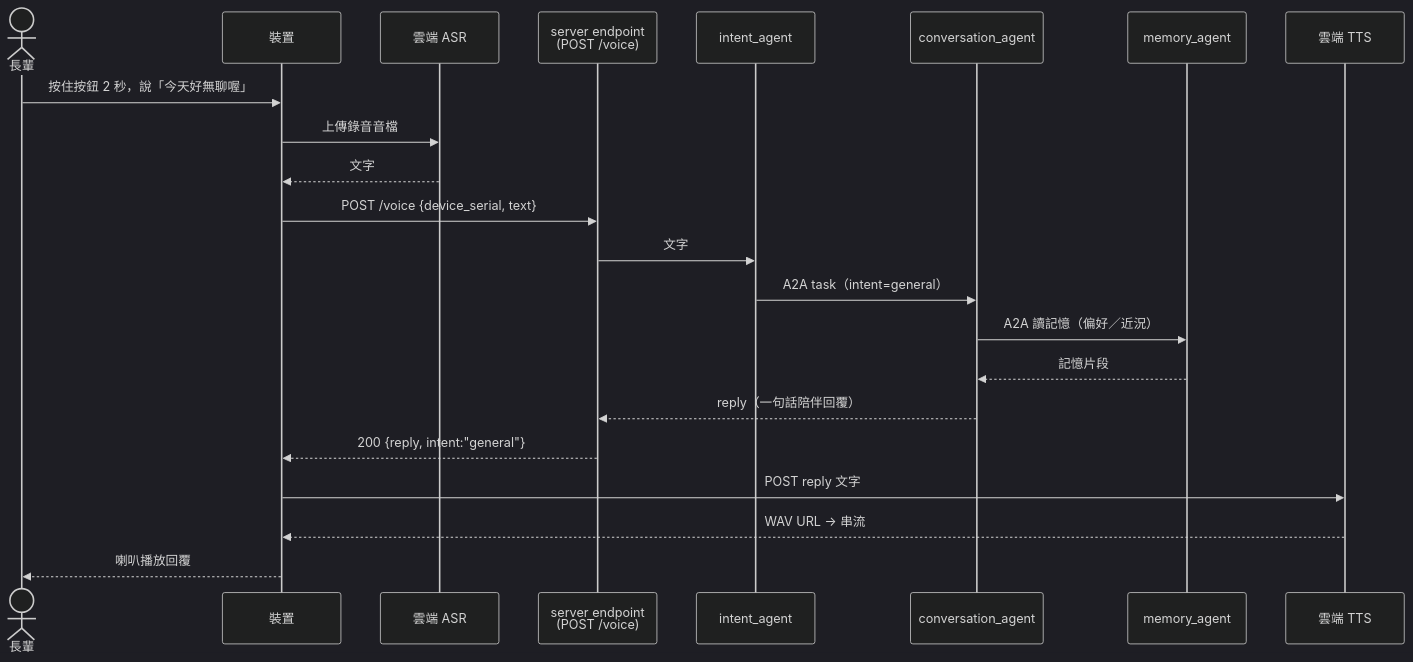
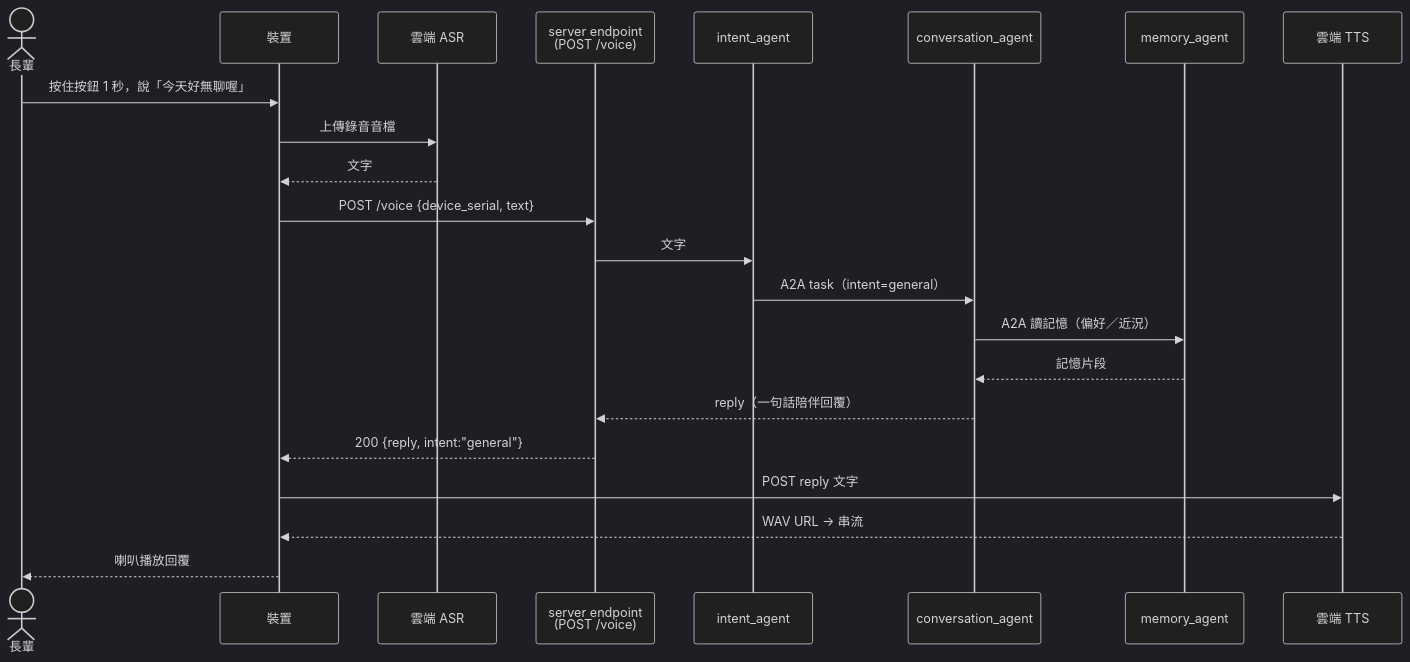
The third of 5 diagrams in docs/requirements/voice-agent-a2a-flow.md (jinsun-radio/jinsunRadio), drawn with Mermaid (dark theme) before and after one commit. The commit also changed other lines of this file and 3 other files, not shown here.

````diff
--- a/docs/requirements/voice-agent-a2a-flow.md
+++ b/docs/requirements/voice-agent-a2a-flow.md
@@ -91,25 +91,25 @@
 ```mermaid
 sequenceDiagram
     actor E as 長輩
     participant D as 裝置
     participant ASR as 雲端 ASR
     participant EP as server endpoint<br/>(POST /voice)
     participant INT as intent_agent
     participant CONV as conversation_agent
     participant MEM as memory_agent
     participant TTS as 雲端 TTS
 
-    E->>D: 按住按鈕 2 秒，說「今天好無聊喔」
+    E->>D: 按住按鈕 1 秒，說「今天好無聊喔」
     D->>ASR: 上傳錄音音檔
     ASR-->>D: 文字
     D->>EP: POST /voice {device_serial, text}
     EP->>INT: 文字
     INT->>CONV: A2A task（intent=general）
     CONV->>MEM: A2A 讀記憶（偏好／近況）
     MEM-->>CONV: 記憶片段
     CONV-->>EP: reply（一句話陪伴回覆）
     EP-->>D: 200 {reply, intent:"general"}
     D->>TTS: POST reply 文字
     TTS-->>D: WAV URL → 串流
     D-->>E: 喇叭播放回覆
 ```
````
